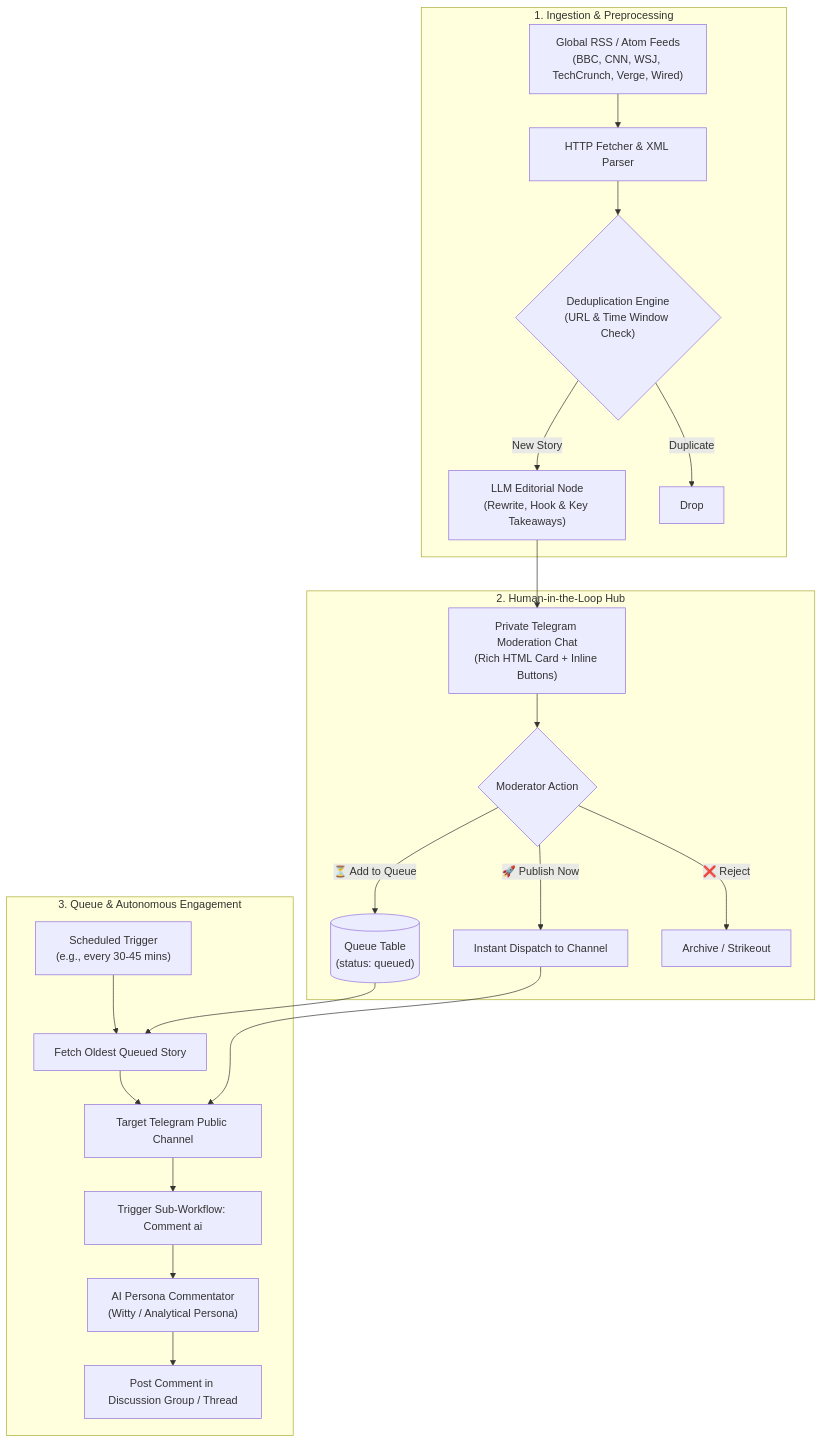
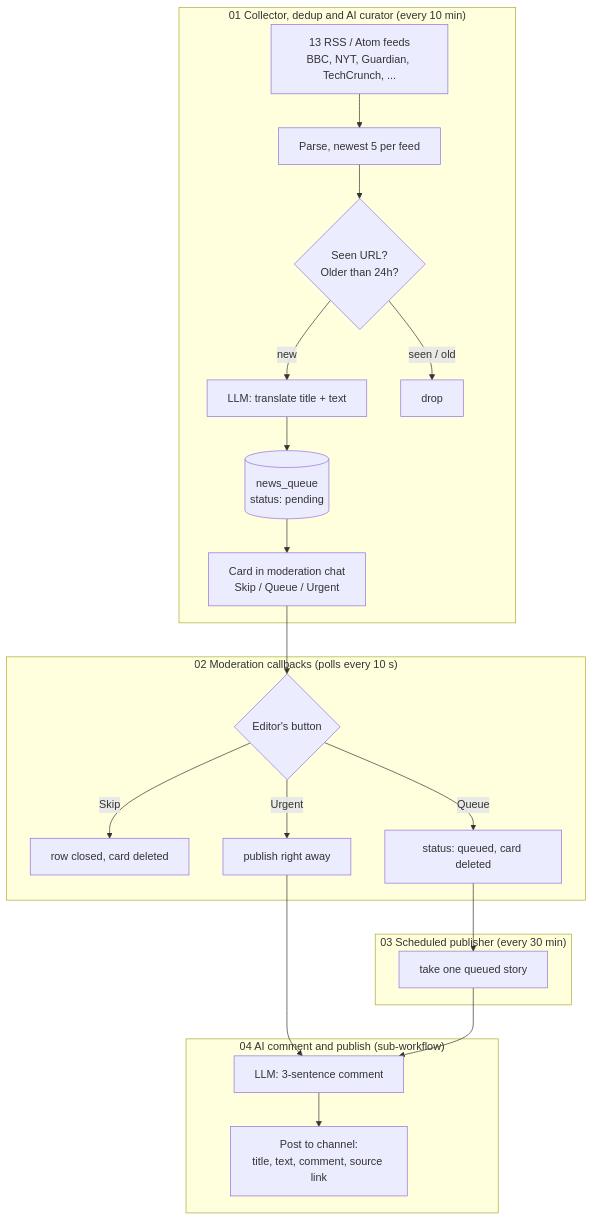
One commit to Pahan4ek/ai-newsroom-automation changed the diagram in README.md. Above: the diagram before and after it, drawn with Mermaid. The commit also changed other lines of this file and 9 other files, not shown here.

````diff
--- a/README.md
+++ b/README.md
@@ -17,27 +14,28 @@
 ```mermaid
 flowchart TD
-    subgraph Sourcing ["1. Ingestion & Preprocessing"]
-        RSS["Global RSS / Atom Feeds\n(BBC, CNN, WSJ, TechCrunch, Verge, Wired)"] --> Fetch["HTTP Fetcher & XML Parser"]
-        Fetch --> Dedup{"Deduplication Engine\n(URL & Time Window Check)"}
-        Dedup -- New Story --> AI_Curator["LLM Editorial Node\n(Rewrite, Hook & Key Takeaways)"]
-        Dedup -- Duplicate --> Discard["Drop"]
+    subgraph W1 ["01 Collector, dedup and AI curator (every 10 min)"]
+        RSS["13 RSS / Atom feeds<br/>BBC, NYT, Guardian, TechCrunch, ..."] --> Parse["Parse, newest 5 per feed"]
+        Parse --> Dedup{"Seen URL?<br/>Older than 24h?"}
+        Dedup -- new --> LLM1["LLM: translate title + text"]
+        Dedup -- seen / old --> Drop["drop"]
+        LLM1 --> Q[("news_queue<br/>status: pending")]
+        Q --> Card["Card in moderation chat<br/>Skip / Queue / Urgent"]
     end
 
-    subgraph Moderation ["2. Human-in-the-Loop Hub"]
-        AI_Curator --> Draft["Private Telegram Moderation Chat\n(Rich HTML Card + Inline Buttons)"]
-        Draft --> Callback{"Moderator Action"}
-        Callback -- "🚀 Publish Now" --> DirectPost["Instant Dispatch to Channel"]
-        Callback -- "⏳ Add to Queue" --> QueueStore[("Queue Table\n(status: queued)")]
-        Callback -- "❌ Reject" --> MarkRejected["Archive / Strikeout"]
+    subgraph W2 ["02 Moderation callbacks (polls every 10 s)"]
+        Card --> Btn{"Editor's button"}
+        Btn -- Skip --> Closed["row closed, card deleted"]
+        Btn -- Queue --> Queued["status: queued, card deleted"]
+        Btn -- Urgent --> Now["publish right away"]
     end
 
-    subgraph Publishing ["3. Queue & Autonomous Engagement"]
-        ScheduleCron["Scheduled Trigger\n(e.g., every 30-45 mins)"] --> QueueReader["Fetch Oldest Queued Story"]
-        QueueStore --> QueueReader
-        QueueReader --> Channel["Target Telegram Public Channel"]
-        DirectPost --> Channel
-        Channel --> TriggerComment["Trigger Sub-Workflow: Comment ai"]
-        TriggerComment --> PersonaLLM["AI Persona Commentator\n(Witty / Analytical Persona)"]
-        PersonaLLM --> ChannelDiscussion["Post Comment in Discussion Group / Thread"]
+    subgraph W3 ["03 Scheduled publisher (every 30 min)"]
+        Queued --> Oldest["take one queued story"]
+    end
+
+    subgraph W4 ["04 AI comment and publish (sub-workflow)"]
+        Now --> LLM2["LLM: 3-sentence comment"]
+        Oldest --> LLM2
+        LLM2 --> Post["Post to channel:<br/>title, text, comment, source link"]
     end
 ```
````
